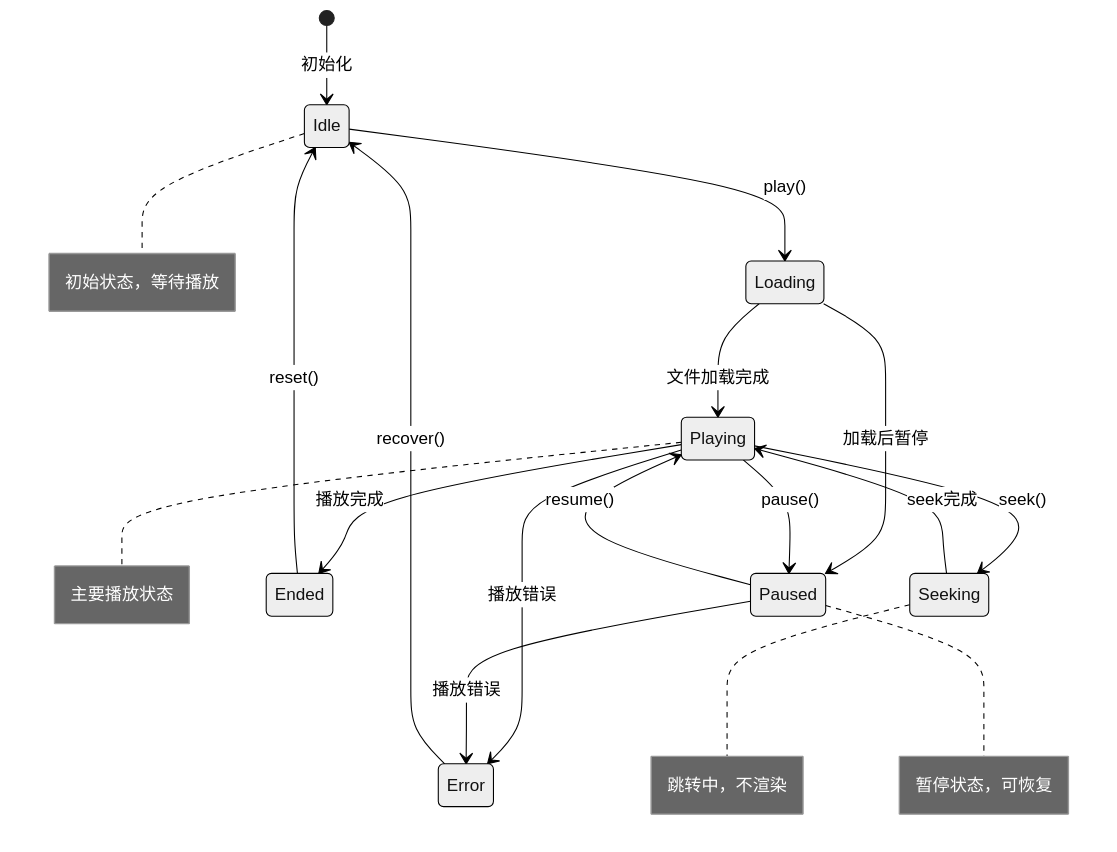
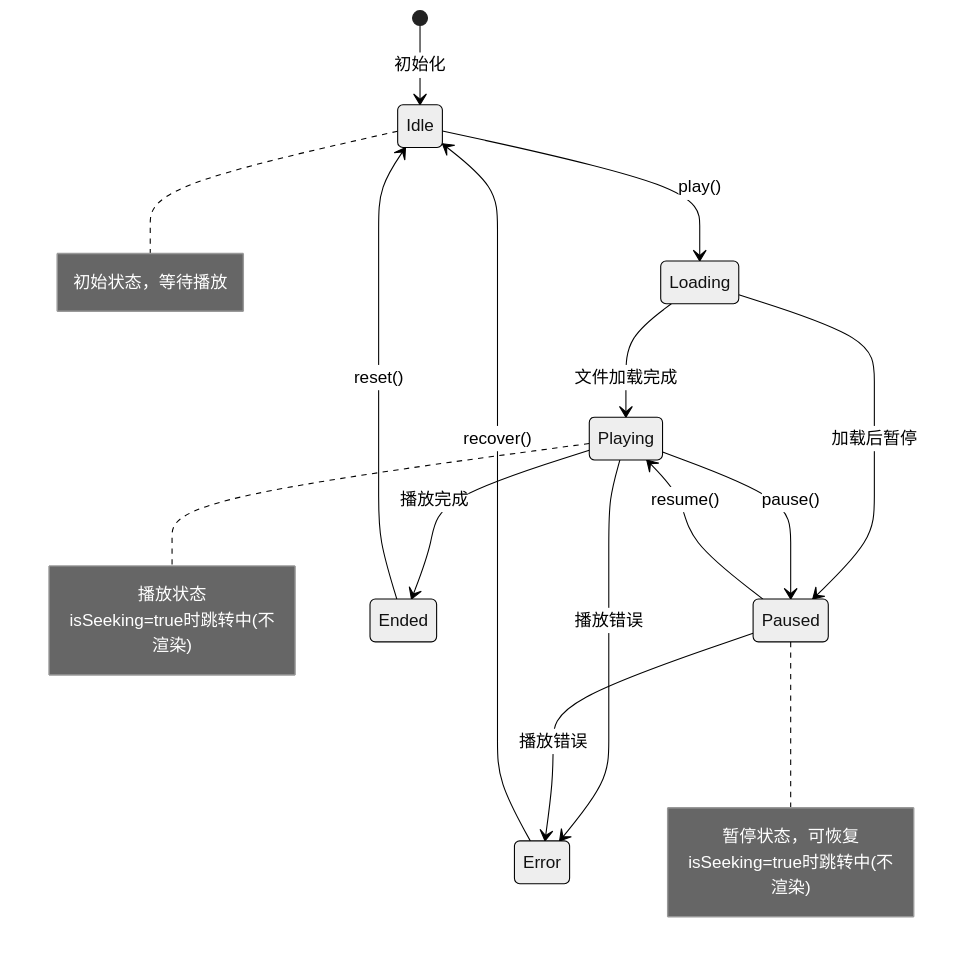
One commit to Lucas-lgm/mpv-electron changed the third of 3 diagrams in docs/ARCHITECTURE.md. Above: the diagram before and after it, drawn with Mermaid (neutral theme). The commit also changed other lines of this file, not shown here.

First line of the commit message:
feat(docs): enhance architecture documentation with state machine design and auxiliary state flags

````diff
--- a/docs/ARCHITECTURE.md
+++ b/docs/ARCHITECTURE.md
@@ -1078,21 +1095,18 @@
 ```mermaid
 stateDiagram-v2
     [*] --> Idle: 初始化
     Idle --> Loading: play()
     Loading --> Playing: 文件加载完成
     Loading --> Paused: 加载后暂停
     Playing --> Paused: pause()
     Paused --> Playing: resume()
-    Playing --> Seeking: seek()
-    Seeking --> Playing: seek完成
     Playing --> Ended: 播放完成
     Ended --> Idle: reset()
     Playing --> Error: 播放错误
     Paused --> Error: 播放错误
     Error --> Idle: recover()
     
     note right of Idle: 初始状态，等待播放
-    note right of Playing: 主要播放状态
-    note right of Paused: 暂停状态，可恢复
-    note right of Seeking: 跳转中，不渲染
+    note right of Playing: 播放状态<br/>isSeeking=true时跳转中(不渲染)
+    note right of Paused: 暂停状态，可恢复<br/>isSeeking=true时跳转中(不渲染)
 ```
````
